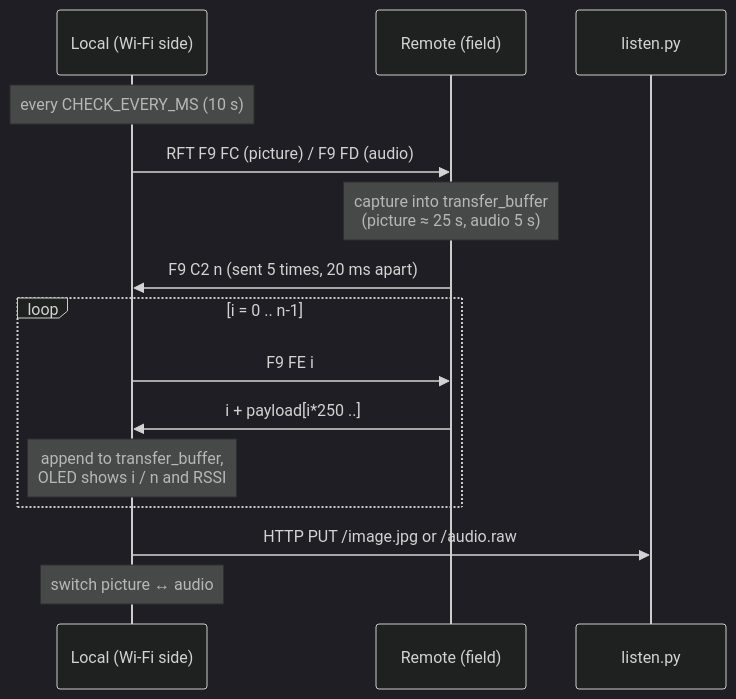
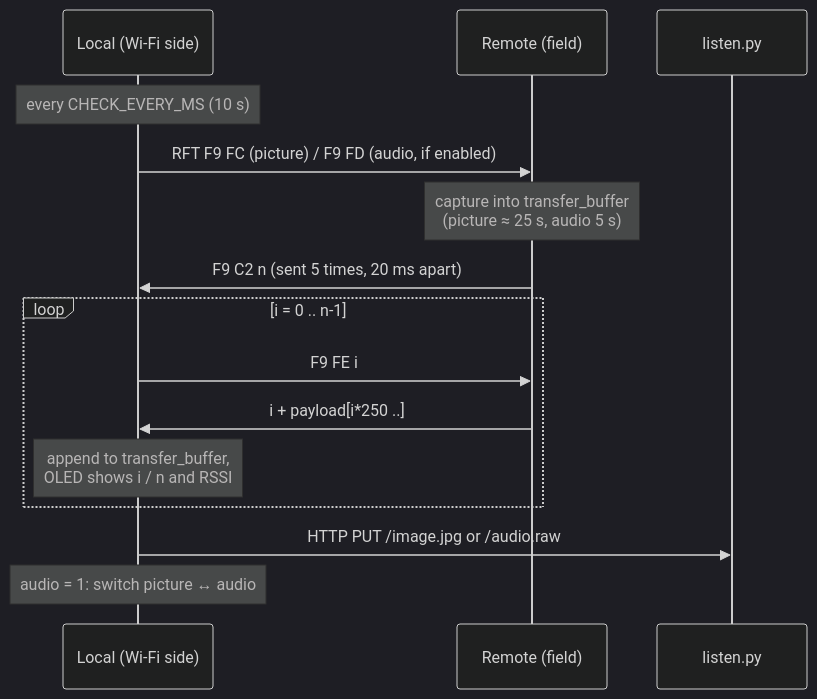
Before and after one commit to gfnord/loracamera: the diagram in docs/protocol.md, drawn with Mermaid (dark theme). The commit also changed other lines of this file and 11 other files, not shown here.

````diff
--- a/docs/protocol.md
+++ b/docs/protocol.md
@@ -20,17 +20,17 @@
 ```mermaid
 sequenceDiagram
     participant L as Local (Wi-Fi side)
     participant R as Remote (field)
     participant S as listen.py
     Note over L: every CHECK_EVERY_MS (10 s)
-    L->>R: RFT F9 FC (picture) / F9 FD (audio)
+    L->>R: RFT F9 FC (picture) / F9 FD (audio, if enabled)
     Note over R: capture into transfer_buffer<br/>(picture ≈ 25 s, audio 5 s)
     R->>L: F9 C2 n (sent 5 times, 20 ms apart)
     loop i = 0 .. n-1
         L->>R: F9 FE i
         R->>L: i + payload[i*250 ..]
         Note over L: append to transfer_buffer,<br/>OLED shows i / n and RSSI
     end
     L->>S: HTTP PUT /image.jpg or /audio.raw
-    Note over L: switch picture ↔ audio
+    Note over L: audio = 1: switch picture ↔ audio
 ```
````
